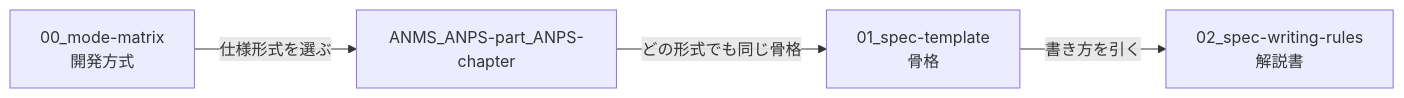
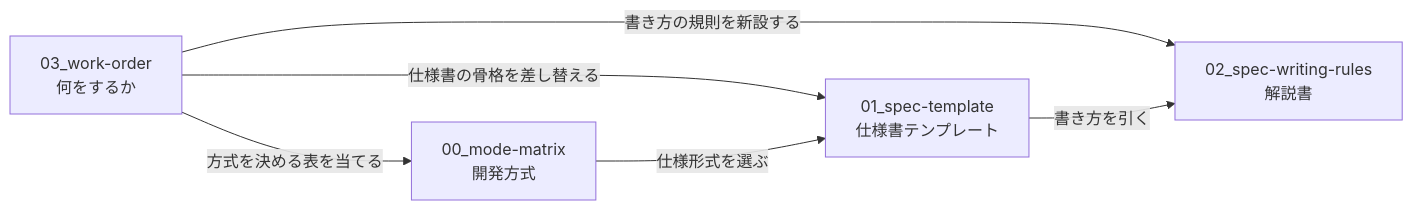
The diagram in maintenance/2026-08-10/README.md (GoodRelax/gr-sw-maker), drawn with Mermaid before and after one commit. The commit also changed other lines of this file and 5 other files, not shown here.

````diff
--- a/maintenance/2026-08-10/README.md
+++ b/maintenance/2026-08-10/README.md
@@ -17,6 +17,8 @@
 ```mermaid
 flowchart LR
-    MODE["00_mode-matrix<br/>開発方式"] -->|"仕様形式を選ぶ"| FORM["ANMS_ANPS-part_ANPS-chapter"]
-    FORM -->|"どの形式でも同じ骨格"| TPL["01_spec-template<br/>骨格"]
-    TPL -->|"書き方を引く"| RULE["02_spec-writing-rules<br/>解説書"]
+    WO["03_work-order<br/>何をするか"] -->|"方式を決める表を当てる"| MODE["00_mode-matrix<br/>開発方式"]
+    WO -->|"仕様書の骨格を差し替える"| TPL["01_spec-template<br/>仕様書テンプレート"]
+    WO -->|"書き方の規則を新設する"| RULE["02_spec-writing-rules<br/>解説書"]
+    MODE -->|"仕様形式を選ぶ"| TPL
+    TPL -->|"書き方を引く"| RULE
 ```
````
